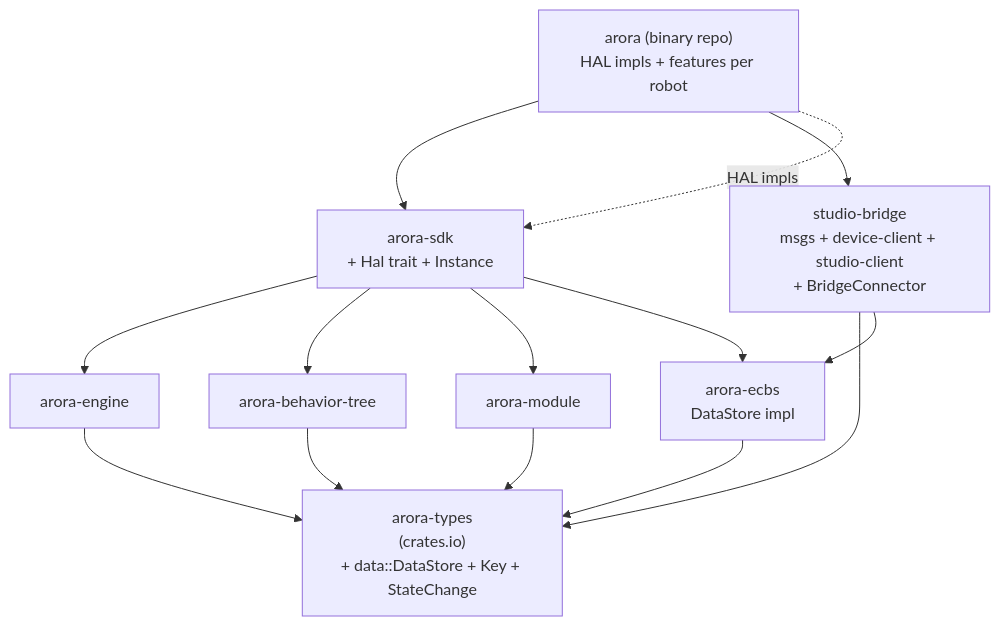
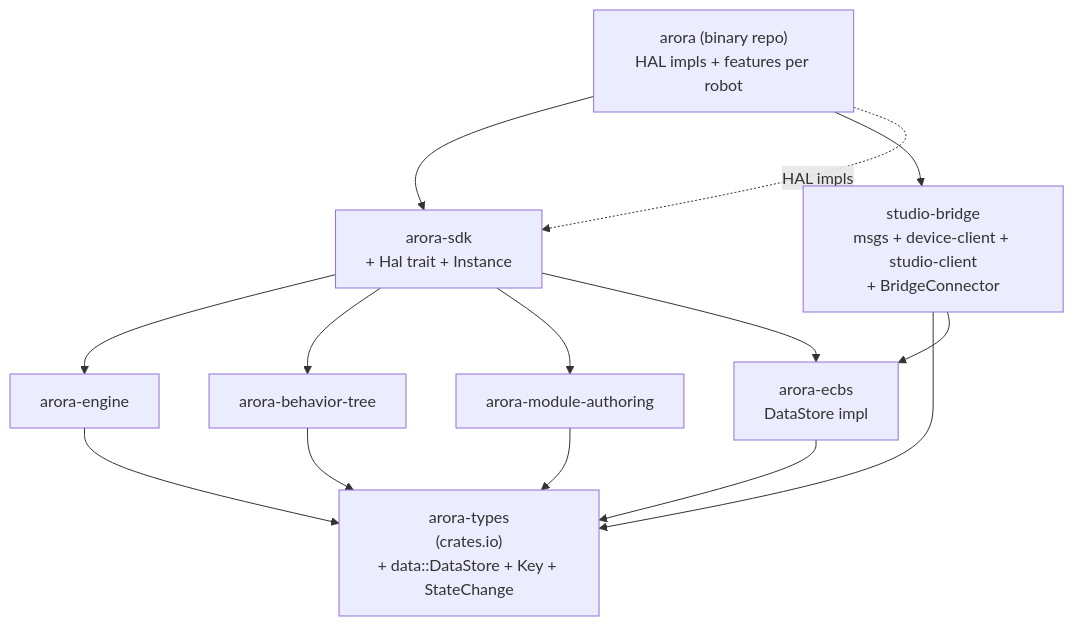
One commit to semio-ai/arora-sdk changed the second of 5 diagrams in docs/proposal-bring-studio-bridge-in.md. Above: the diagram before and after it, drawn with Mermaid. The commit also changed other lines of this file and 2 other files, not shown here.

First line of the commit message:
docs: address PR 72 review — rename arora-module repo, define arora-web

````diff
--- a/docs/proposal-bring-studio-bridge-in.md
+++ b/docs/proposal-bring-studio-bridge-in.md
@@ -230,25 +230,25 @@
 ```mermaid
 graph TD
     types["arora-types<br/>(crates.io)<br/>+ data::DataStore + Key + StateChange"]
     ecbs["arora-ecbs<br/>DataStore impl"]
-    module["arora-module"]
+    module["arora-module-authoring"]
     engine["arora-engine"]
     bt["arora-behavior-tree"]
     sdk["arora-sdk<br/>+ Hal trait + Instance"]
     bridge["studio-bridge<br/>msgs + device-client + studio-client<br/>+ BridgeConnector"]
     arora["arora (binary repo)<br/>HAL impls + features per robot"]
 
     ecbs --> types
     module --> types
     engine --> types
     bt --> types
     sdk --> engine
     sdk --> bt
     sdk --> module
     sdk --> ecbs
     bridge --> types
     bridge --> ecbs
     arora --> sdk
     arora --> bridge
     arora -.->|HAL impls| sdk
 ```
````
